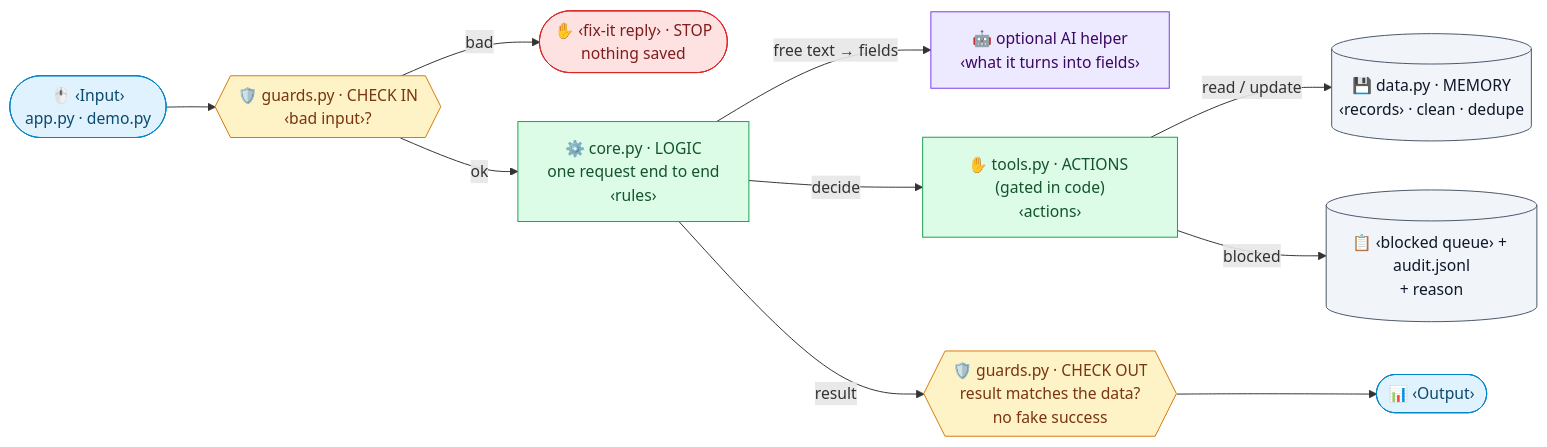
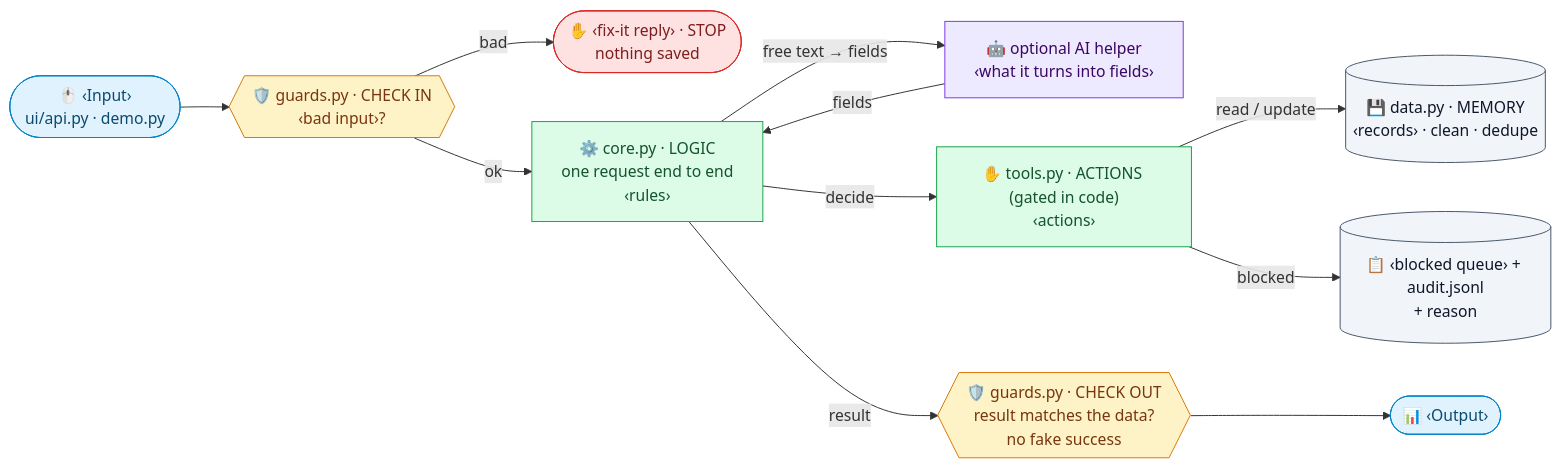
The first of 2 diagrams in .claude/skills/discovery/templates/architecture_app.md (a1noh/kick-off), drawn with Mermaid before and after one commit. The commit also changed other lines of this file and 7 other files, not shown here.

````diff
--- a/.claude/skills/discovery/templates/architecture_app.md
+++ b/.claude/skills/discovery/templates/architecture_app.md
@@ -25,36 +27,37 @@
 ```mermaid
 flowchart LR
-  IN(["🖱️ ‹Input›<br/>app.py · demo.py"])
+  IN(["🖱️ ‹Input›<br/>ui/api.py · demo.py"])
   GI{{"🛡️ guards.py · CHECK IN<br/>‹bad input›?"}}
   FIX(["✋ ‹fix-it reply› · STOP<br/>nothing saved"])
   CO["⚙️ core.py · LOGIC<br/>one request end to end<br/>‹rules›"]
   H["🤖 optional AI helper<br/>‹what it turns into fields›"]
   T["✋ tools.py · ACTIONS (gated in code)<br/>‹actions›"]
   D[("💾 data.py · MEMORY<br/>‹records› · clean · dedupe")]
   Q[("📋 ‹blocked queue› + audit.jsonl<br/>+ reason")]
   GO{{"🛡️ guards.py · CHECK OUT<br/>result matches the data?<br/>no fake success"}}
   R(["📊 ‹Output›"])
 
   IN --> GI
   GI -- "bad" --> FIX
   GI -- "ok" --> CO
   CO -- "free text → fields" --> H
+  H -- "fields" --> CO
   CO -- "decide" --> T
   T -- "read / update" --> D
   T -- "blocked" --> Q
   CO -- "result" --> GO
   GO --> R
 
   classDef door fill:#e0f2fe,stroke:#0284c7,color:#0c4a6e
   classDef guard fill:#fef3c7,stroke:#d97706,color:#78350f
   classDef stop fill:#fee2e2,stroke:#dc2626,color:#7f1d1d
   classDef brain fill:#ede9fe,stroke:#7c3aed,color:#3b0764
   classDef hands fill:#dcfce7,stroke:#16a34a,color:#14532d
   classDef store fill:#f1f5f9,stroke:#475569,color:#0f172a
   class IN,R door
   class GI,GO guard
   class FIX stop
   class H brain
   class CO,T hands
   class D,Q store
 ```
````
